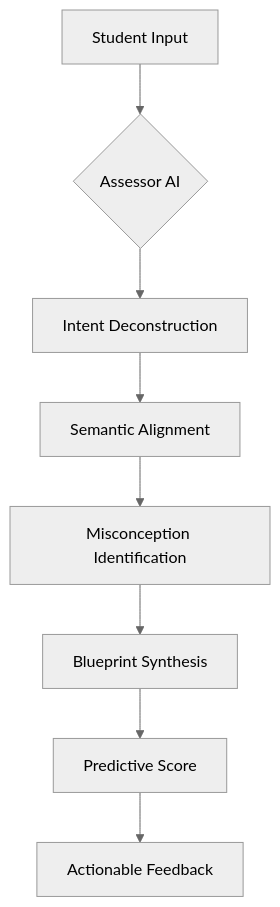
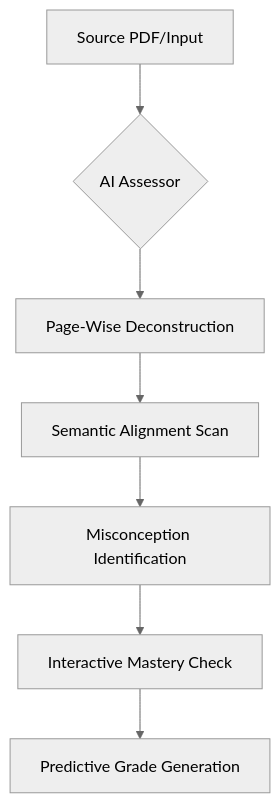
The diagram in README.md (RichardRajuChirayath/aqmd), drawn with Mermaid (neutral theme) before and after one commit. The commit also changed other lines of this file, not shown here.

Commit message:
docs: comprehensive product-focused README upgrade with Smart PDF feature

````diff
--- a/README.md
+++ b/README.md
@@ -18,10 +51,9 @@
 ```mermaid
 graph TD
-    A[Student Input] --> B{Assessor AI}
-    B --> C[Intent Deconstruction]
-    C --> D[Semantic Alignment]
+    A[Source PDF/Input] --> B{AI Assessor}
+    B --> C[Page-Wise Deconstruction]
+    C --> D[Semantic Alignment Scan]
     D --> E[Misconception Identification]
-    E --> F[Blueprint Synthesis]
-    F --> G[Predictive Score]
-    G --> H[Actionable Feedback]
+    E --> F[Interactive Mastery Check]
+    F --> G[Predictive Grade Generation]
 ```
````
